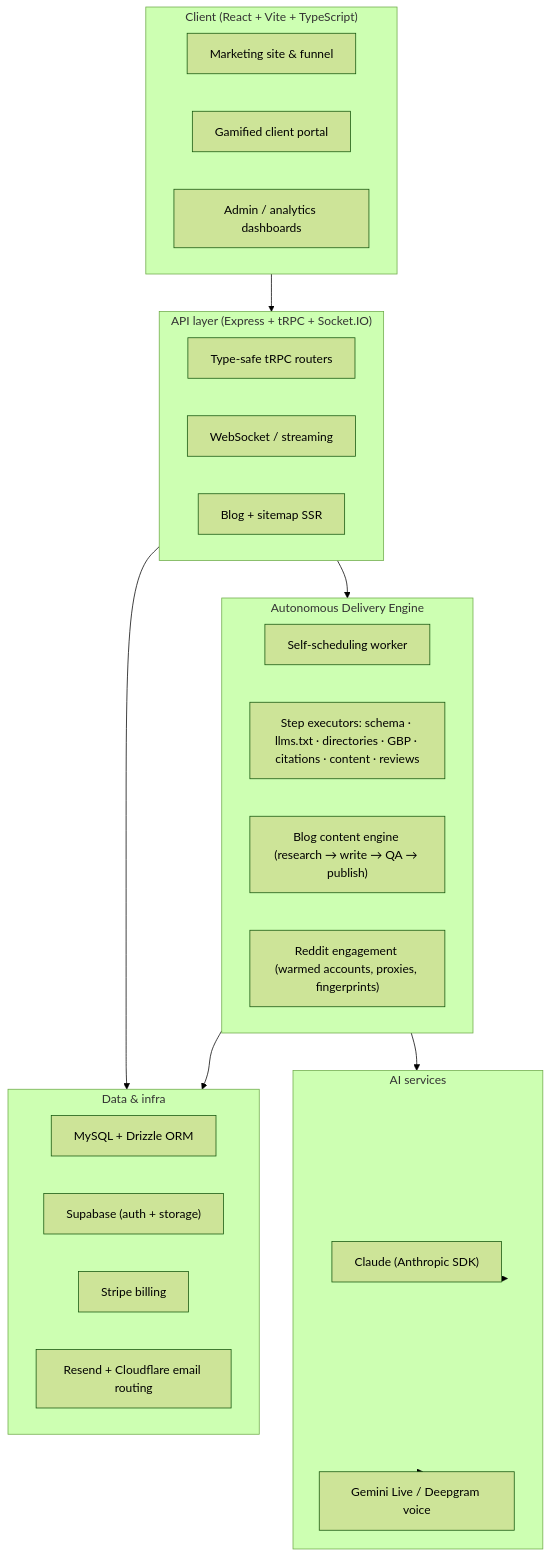
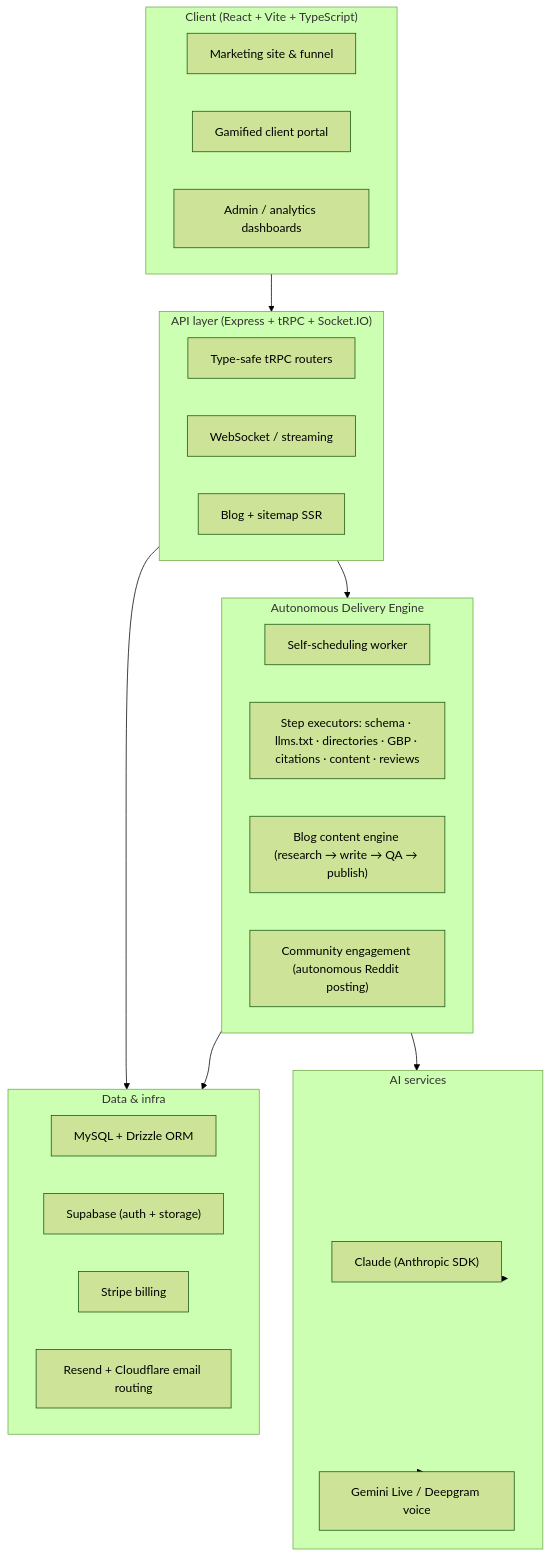
One commit to AI-Visioin-Board/SuggestedByGPT-Public- changed the diagram in README.md. Above: the diagram before and after it, drawn with Mermaid (forest theme). The commit also changed other lines of this file and 51 other files, not shown here.

````diff
--- a/README.md
+++ b/README.md
@@ -24,41 +24,41 @@
 ```mermaid
 flowchart TD
     subgraph Client["Client (React + Vite + TypeScript)"]
         Funnel["Marketing site & funnel"]
         Portal["Gamified client portal"]
         Admin["Admin / analytics dashboards"]
     end
 
     subgraph API["API layer (Express + tRPC + Socket.IO)"]
         TRPC["Type-safe tRPC routers"]
         WS["WebSocket / streaming"]
         SSR["Blog + sitemap SSR"]
     end
 
     subgraph Engine["Autonomous Delivery Engine"]
         Worker["Self-scheduling worker"]
         Steps["Step executors: schema · llms.txt · directories · GBP · citations · content · reviews"]
         Content["Blog content engine (research → write → QA → publish)"]
-        Reddit["Reddit engagement (warmed accounts, proxies, fingerprints)"]
+        Reddit["Community engagement (autonomous Reddit posting)"]
     end
 
     subgraph AI["AI services"]
         Claude["Claude (Anthropic SDK)"]
         Gemini["Gemini Live / Deepgram voice"]
     end
 
     subgraph Data["Data & infra"]
         MySQL["MySQL + Drizzle ORM"]
         Supa["Supabase (auth + storage)"]
         Stripe["Stripe billing"]
         Resend["Resend + Cloudflare email routing"]
     end
 
     Client --> API
     API --> Engine
     API --> Data
     Engine --> AI
     Engine --> Data
     AI --> Claude
     AI --> Gemini
 ```
````
